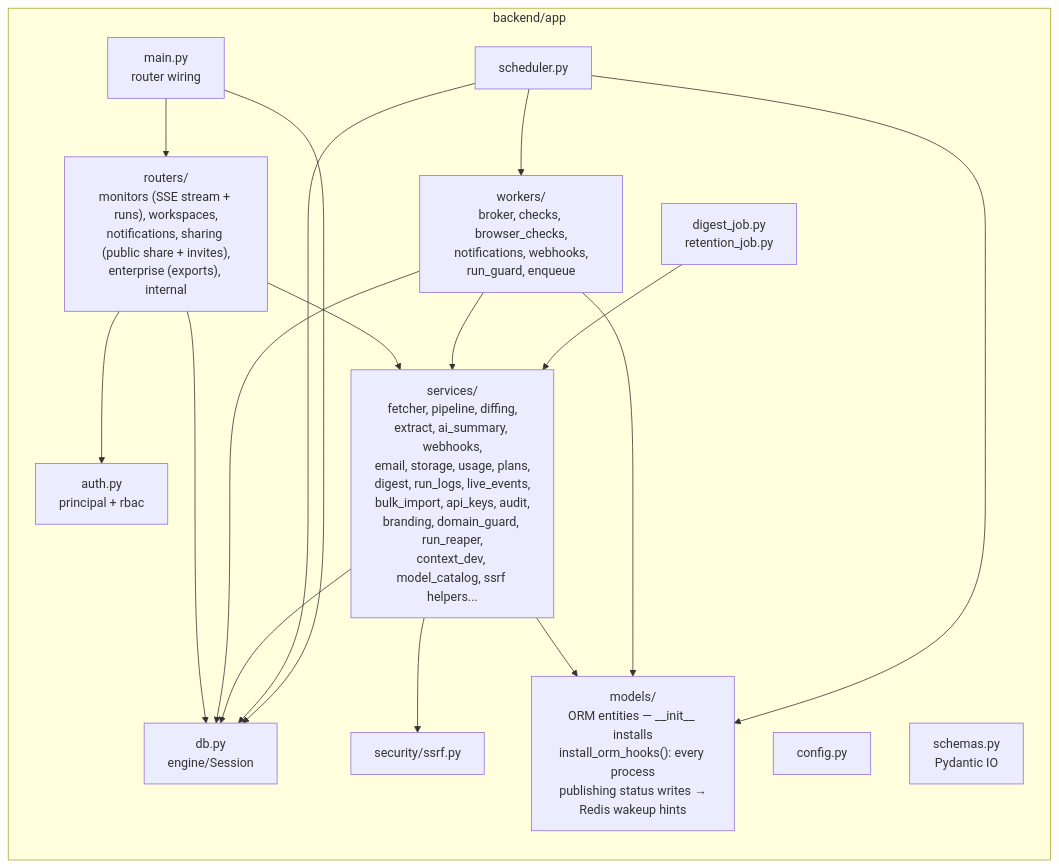
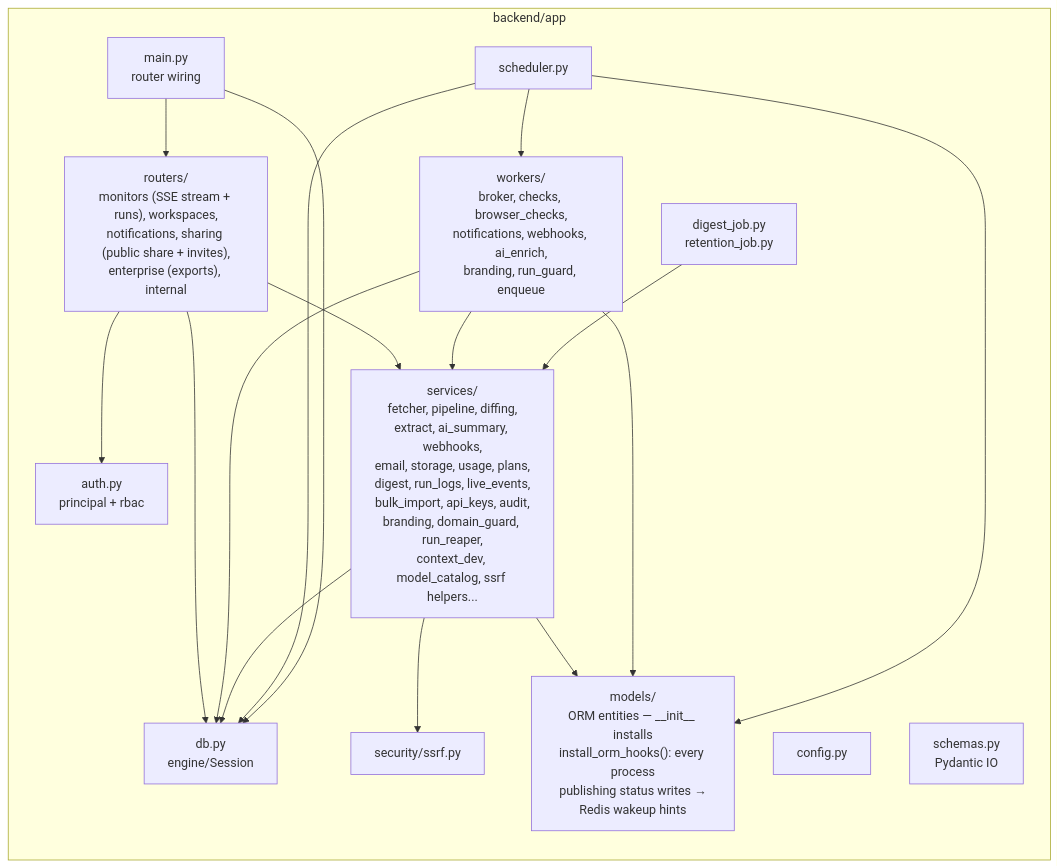
One commit to sunil-gumatimath/web-observer changed the second of 7 diagrams in docs/architecture.md. Above: the diagram before and after it, drawn with Mermaid. The commit also changed other lines of this file and 3 other files, not shown here.

First line of the commit message:
docs: sync schema head, retention env vars, and architecture (#81)

````diff
--- a/docs/architecture.md
+++ b/docs/architecture.md
@@ -95,32 +95,32 @@
 ```mermaid
 flowchart LR
     subgraph App["backend/app"]
         main["main.py\nrouter wiring"]
         auth["auth.py\nprincipal + rbac"]
         db["db.py\nengine/Session"]
         cfg["config.py"]
         sch["schemas.py\nPydantic IO"]
         rt["routers/\nmonitors (SSE stream + runs), workspaces,\nnotifications, sharing (public share + invites),\nenterprise (exports), internal"]
         svc["services/\nfetcher, pipeline, diffing,\nextract, ai_summary, webhooks,\nemail, storage, usage, plans,\ndigest, run_logs, live_events,\nbulk_import, api_keys, audit,\nbranding, domain_guard, run_reaper,\ncontext_dev, model_catalog, ssrf helpers..."]
-        wk["workers/\nbroker, checks, browser_checks,\nnotifications, webhooks,\nrun_guard, enqueue"]
+        wk["workers/\nbroker, checks, browser_checks,\nnotifications, webhooks, ai_enrich,\nbranding, run_guard, enqueue"]
         mdl["models/\nORM entities — __init__ installs\ninstall_orm_hooks(): every process\npublishing status writes →\nRedis wakeup hints"]
         sec["security/ssrf.py"]
         sched["scheduler.py"]
         jobs["digest_job.py\nretention_job.py"]
     end
     rt --> auth
     rt --> svc
     rt --> db
     wk --> svc
     wk --> db
     svc --> sec
     svc --> db
     svc --> mdl
     wk --> mdl
     sched --> mdl
     sched --> wk
     sched --> db
     jobs --> svc
     main --> rt
     main --> db
 ```
````
